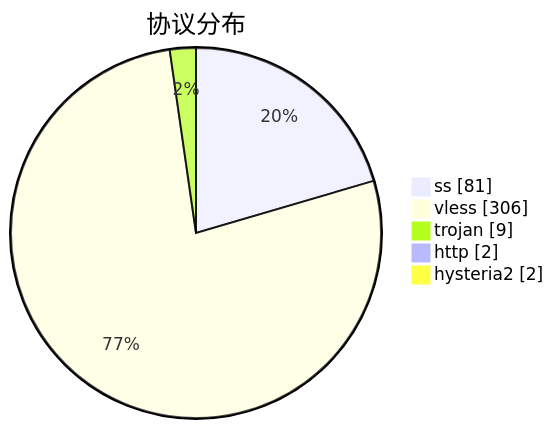
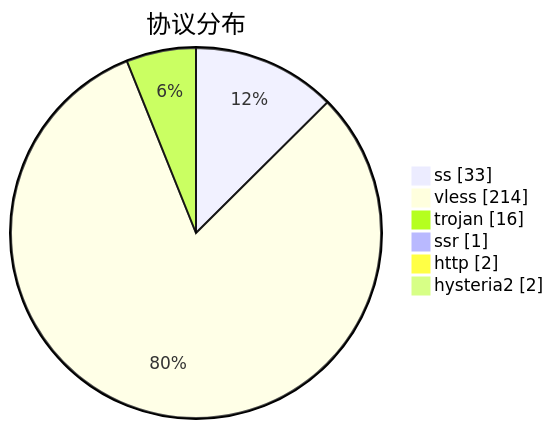
Before and after one commit to qjlxg/airport: the third of 3 diagrams in subs/statistics/tested_within.md, drawn with Mermaid. The commit also changed other lines of this file and 2 other files, not shown here.

````diff
--- a/subs/statistics/tested_within.md
+++ b/subs/statistics/tested_within.md
@@ -19,9 +20,10 @@
 ```mermaid
 pie showData
 title 协议分布
-"ss" : 81
-"vless" : 306
-"trojan" : 9
+"ss" : 33
+"vless" : 214
+"trojan" : 16
+"ssr" : 1
 "http" : 2
 "hysteria2" : 2
 ```
````
